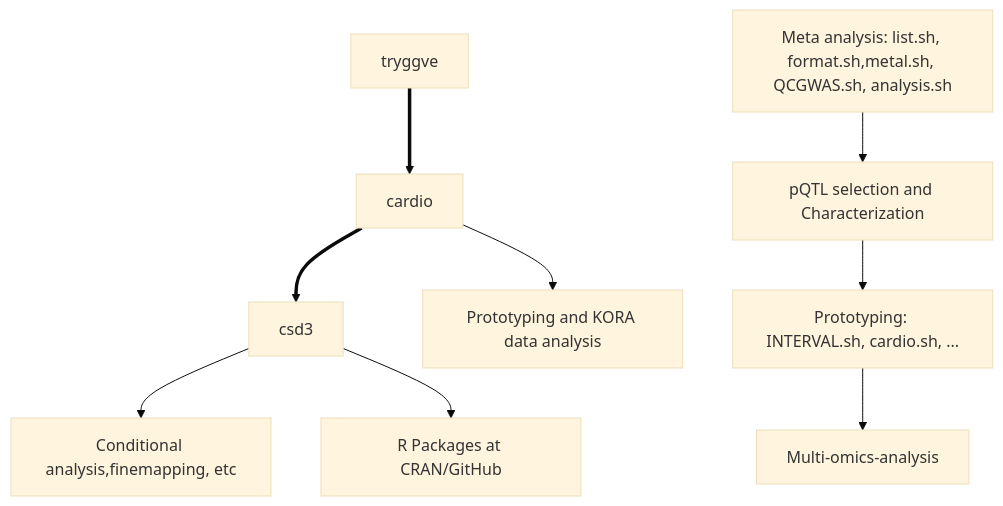
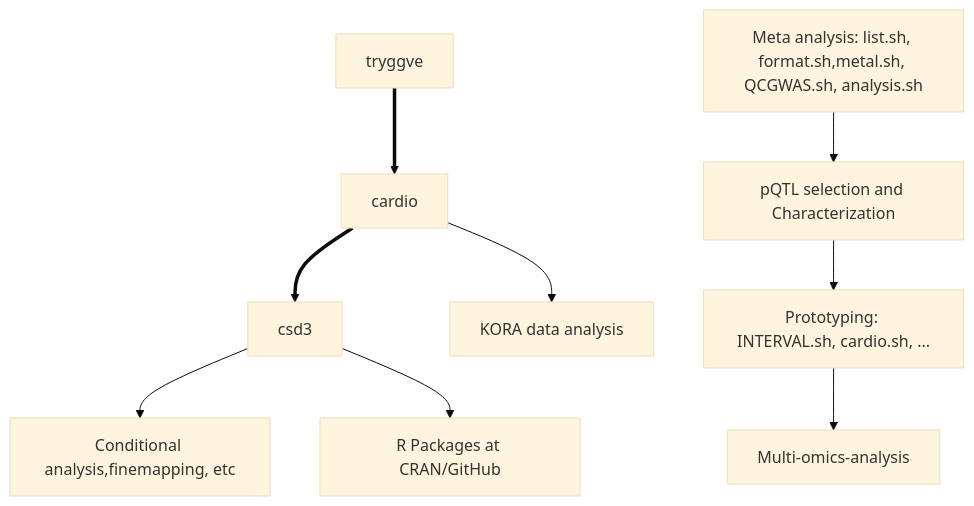
The first of 2 diagrams in docs/README.md (jinghuazhao/INF), drawn with Mermaid (base theme) before and after one commit.

````diff
--- a/docs/README.md
+++ b/docs/README.md
@@ -7,11 +7,11 @@
 ```mermaid
 graph TB;
   tryggve ==> cardio;
   cardio ==> csd3;
-  cardio --> cardioAnalysis[Prototyping and KORA data analysis];
+  cardio --> cardioAnalysis[KORA data analysis];
   csd3 --> csd3Analysis[Conditional analysis,finemapping, etc];
   csd3 --> software[R Packages at CRAN/GitHub]; 
   tryggveAnalysis[Meta analysis: list.sh, format.sh,metal.sh, QCGWAS.sh, analysis.sh] --> GWAS[pQTL selection and Characterization];
   GWAS --> Prototyping[Prototyping: INTERVAL.sh, cardio.sh, ...];
   Prototyping --> Multi-omics-analysis;
 ```
````
